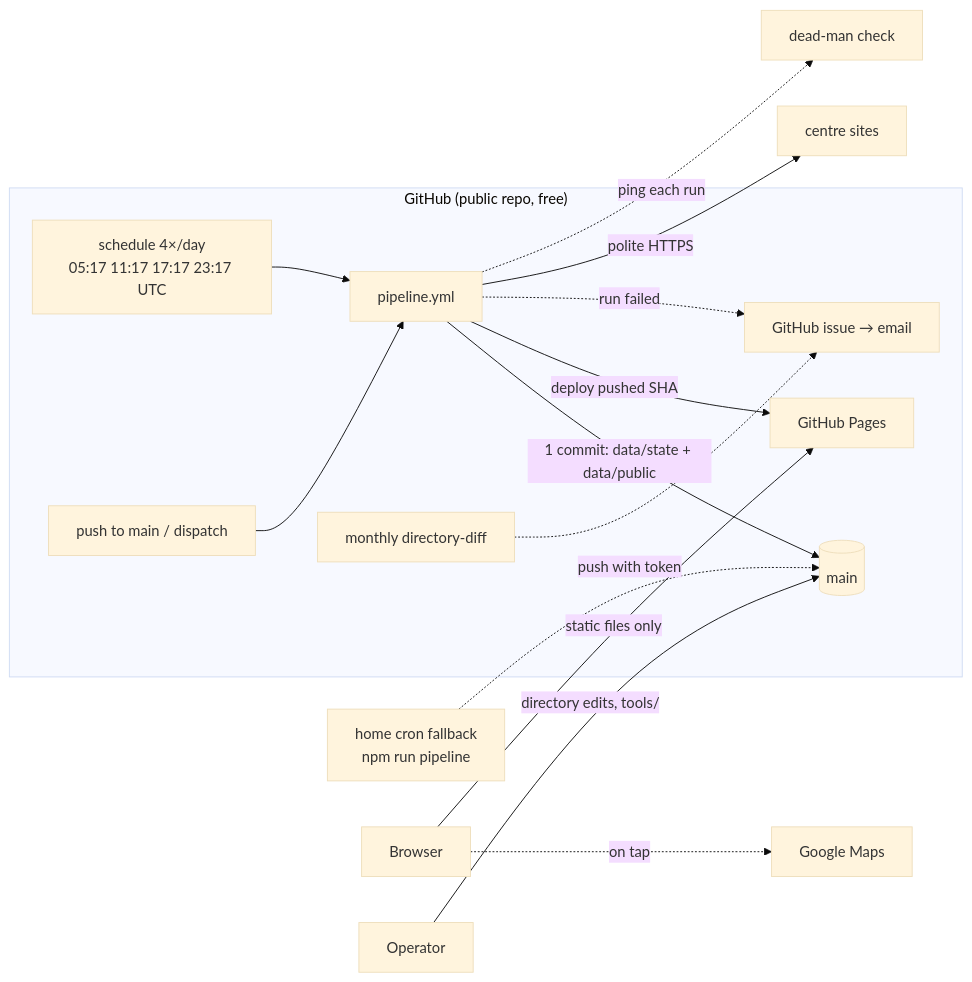
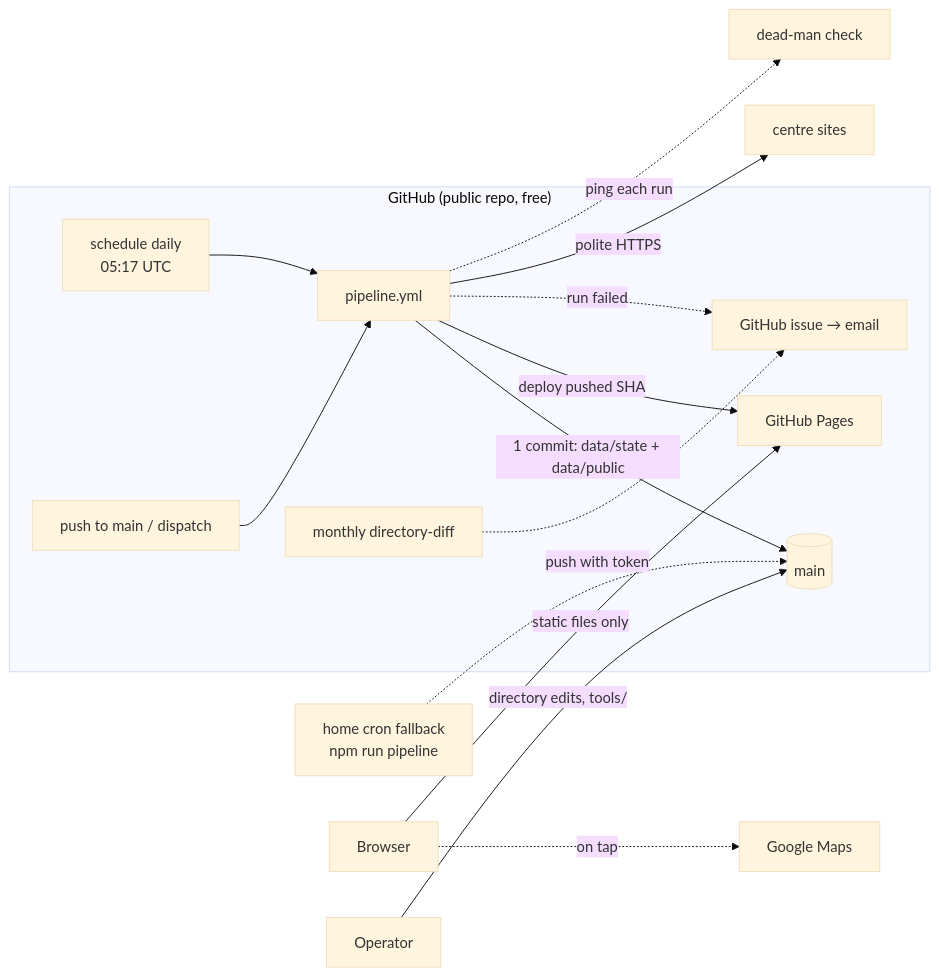
Before and after one commit to esiak/testplatz: the third of 4 diagrams in _bmad-output/planning-artifacts/architecture/architecture-bgtsearch-2026-10-25/ARCHITECTURE-SPINE.md, drawn with Mermaid (base theme). The commit also changed other lines of this file and 5 other files, not shown here.

````diff
--- a/_bmad-output/planning-artifacts/architecture/architecture-bgtsearch-2026-10-25/ARCHITECTURE-SPINE.md
+++ b/_bmad-output/planning-artifacts/architecture/architecture-bgtsearch-2026-10-25/ARCHITECTURE-SPINE.md
@@ -226,17 +226,17 @@
 ```mermaid
 flowchart LR
   subgraph gh["GitHub (public repo, free)"]
-    CRON["schedule 4×/day<br/>05:17 11:17 17:17 23:17 UTC"] --> RUN[pipeline.yml]
+    CRON["schedule daily<br/>05:17 UTC"] --> RUN[pipeline.yml]
     PUSH[push to main / dispatch] --> RUN
     RUN -->|1 commit: data/state + data/public| REPO[(main)]
     RUN -->|deploy pushed SHA| PAGES[GitHub Pages]
     RUN -.->|run failed| ISSUE[GitHub issue → email]
     MONTH[monthly directory-diff] -.-> ISSUE
   end
   RUN -->|polite HTTPS| SITES[centre sites]
   RUN -.->|ping each run| DMS[dead-man check]
   HOME[home cron fallback<br/>npm run pipeline] -.->|push with token| REPO
   USER[Browser] -->|static files only| PAGES
   USER -.->|on tap| GMAPS[Google Maps]
   OP[Operator] -->|directory edits, tools/| REPO
 ```
````
